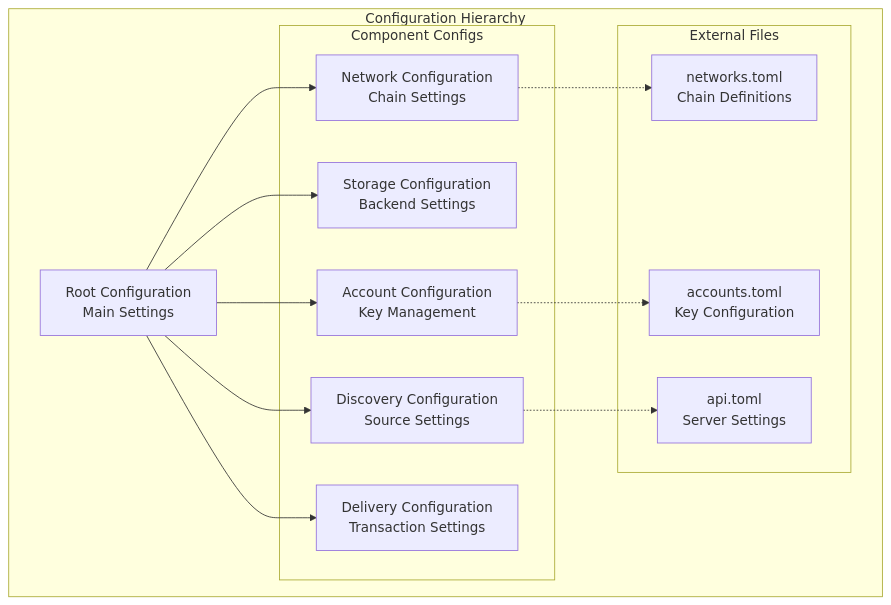
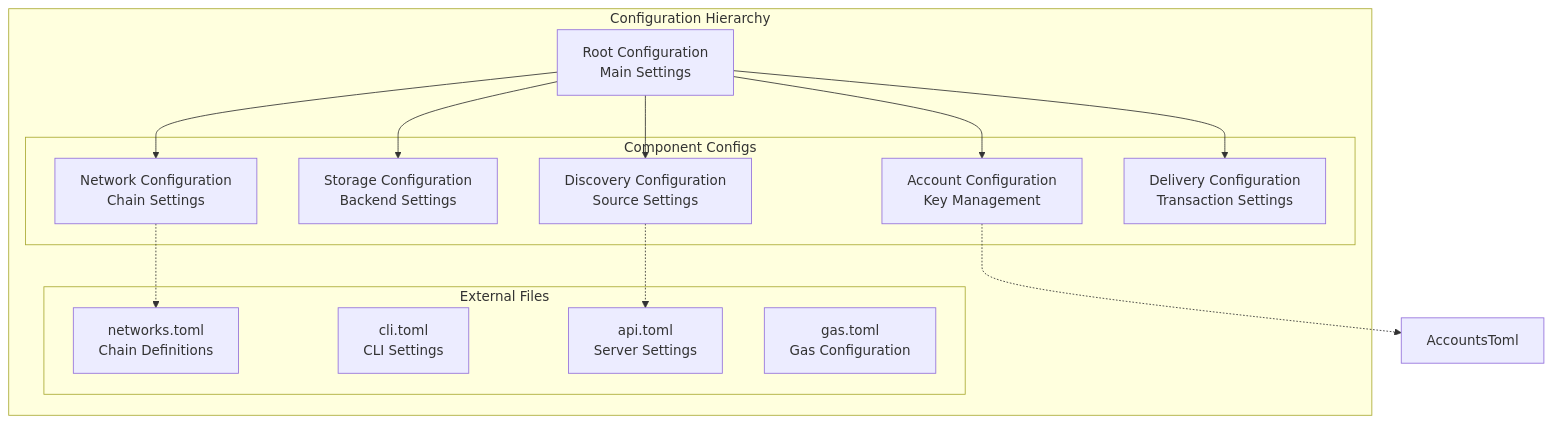
Before and after one commit to openintentsframework/oif-solver: the second of 2 diagrams in docs/developer/crates/solver-config.md, drawn with Mermaid. The commit also changed 2 other files, not shown here.

Commit message:
docs: More fixes

````diff
--- a/docs/developer/crates/solver-config.md
+++ b/docs/developer/crates/solver-config.md
@@ -40,30 +40,31 @@
 ```mermaid
 graph TB
     subgraph "Configuration Hierarchy"
         RootConfig[Root Configuration<br/>Main Settings]
 
         subgraph "Component Configs"
             NetworkConfig[Network Configuration<br/>Chain Settings]
             StorageConfig[Storage Configuration<br/>Backend Settings]
             AccountConfig[Account Configuration<br/>Key Management]
             DiscoveryConfig[Discovery Configuration<br/>Source Settings]
             DeliveryConfig[Delivery Configuration<br/>Transaction Settings]
         end
 
         subgraph "External Files"
             NetworksToml[networks.toml<br/>Chain Definitions]
-            AccountsToml[accounts.toml<br/>Key Configuration]
+            CLIToml[cli.toml<br/>CLI Settings]
             APIToml[api.toml<br/>Server Settings]
+            GasToml[gas.toml<br/>Gas Configuration]
         end
     end
 
     RootConfig --> NetworkConfig
     RootConfig --> StorageConfig
     RootConfig --> AccountConfig
     RootConfig --> DiscoveryConfig
     RootConfig --> DeliveryConfig
 
     NetworkConfig -.-> NetworksToml
     AccountConfig -.-> AccountsToml
     DiscoveryConfig -.-> APIToml
 ```
````
